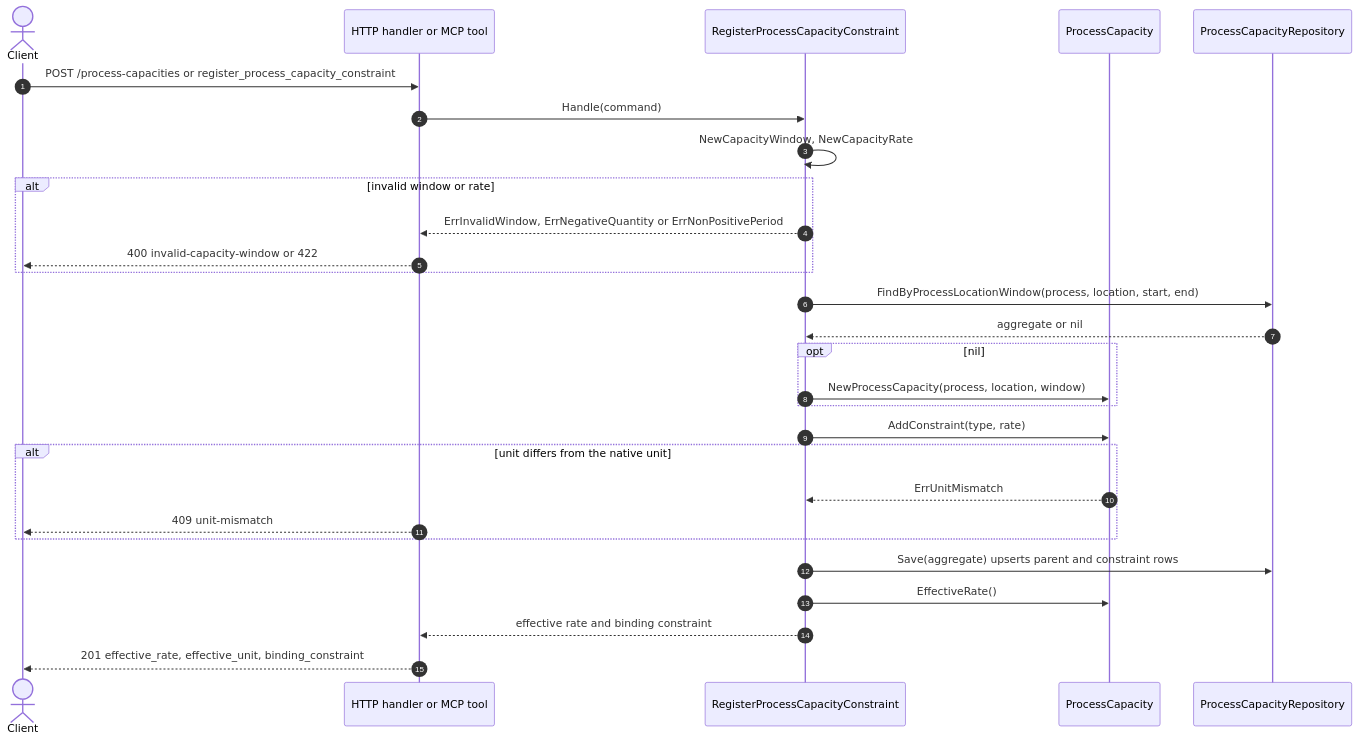
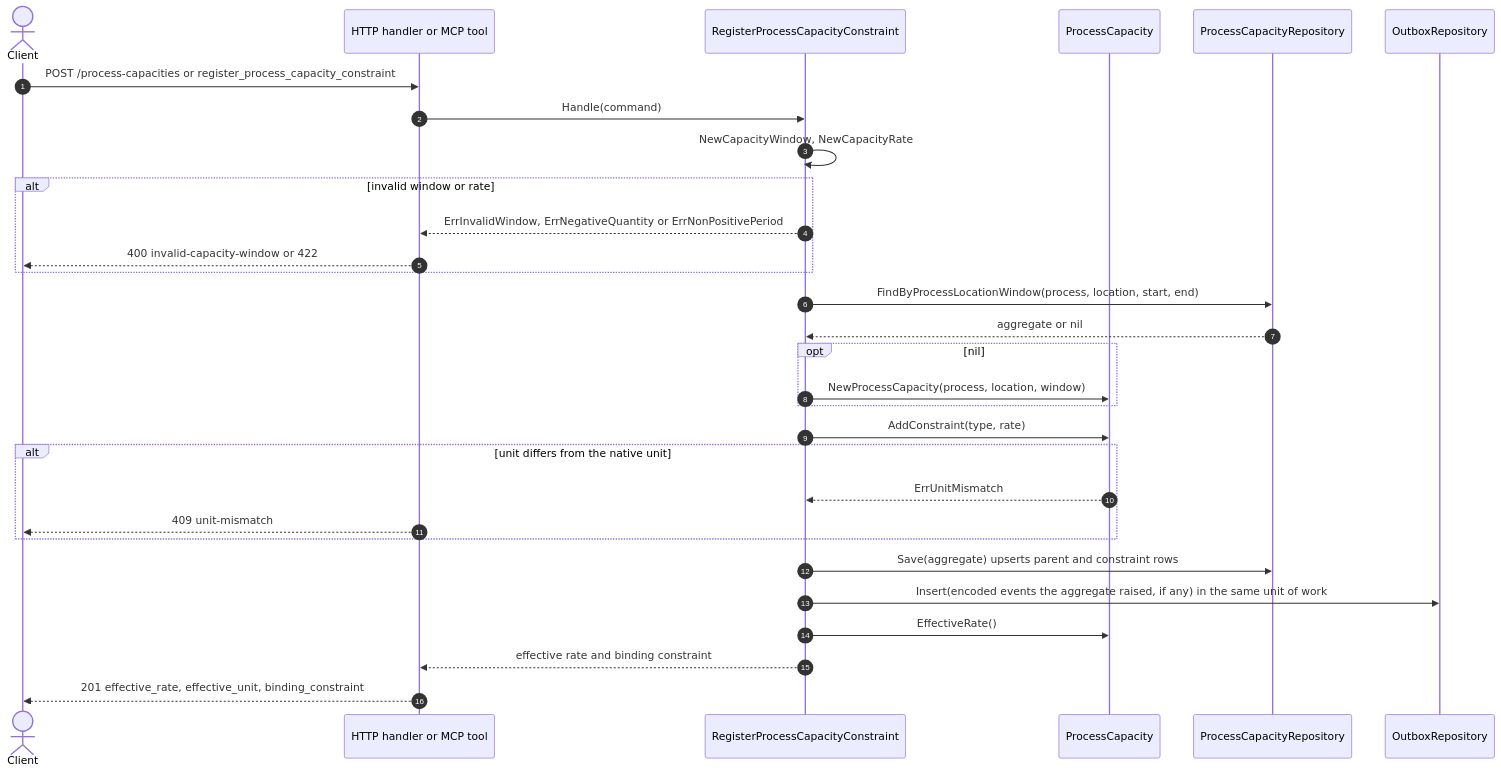
One commit to IQVO/warehouse-planning changed the first of 9 diagrams in docs/docs/ddd/sequence-diagrams.md. Above: the diagram before and after it, drawn with Mermaid. The commit also changed other lines of this file and 9 other files, not shown here.

````diff
--- a/docs/docs/ddd/sequence-diagrams.md
+++ b/docs/docs/ddd/sequence-diagrams.md
@@ -19,30 +19,32 @@
 ```mermaid
 sequenceDiagram
   autonumber
   actor Client
   participant H as HTTP handler or MCP tool
   participant UC as RegisterProcessCapacityConstraint
   participant PC as ProcessCapacity
   participant R as ProcessCapacityRepository
+  participant OB as OutboxRepository
   Client->>H: POST /process-capacities or register_process_capacity_constraint
   H->>UC: Handle(command)
   UC->>UC: NewCapacityWindow, NewCapacityRate
   alt invalid window or rate
     UC-->>H: ErrInvalidWindow, ErrNegativeQuantity or ErrNonPositivePeriod
     H-->>Client: 400 invalid-capacity-window or 422
   end
   UC->>R: FindByProcessLocationWindow(process, location, start, end)
   R-->>UC: aggregate or nil
   opt nil
     UC->>PC: NewProcessCapacity(process, location, window)
   end
   UC->>PC: AddConstraint(type, rate)
   alt unit differs from the native unit
     PC-->>UC: ErrUnitMismatch
     H-->>Client: 409 unit-mismatch
   end
   UC->>R: Save(aggregate) upserts parent and constraint rows
+  UC->>OB: Insert(encoded events the aggregate raised, if any) in the same unit of work
   UC->>PC: EffectiveRate()
   UC-->>H: effective rate and binding constraint
   H-->>Client: 201 effective_rate, effective_unit, binding_constraint
 ```
````
